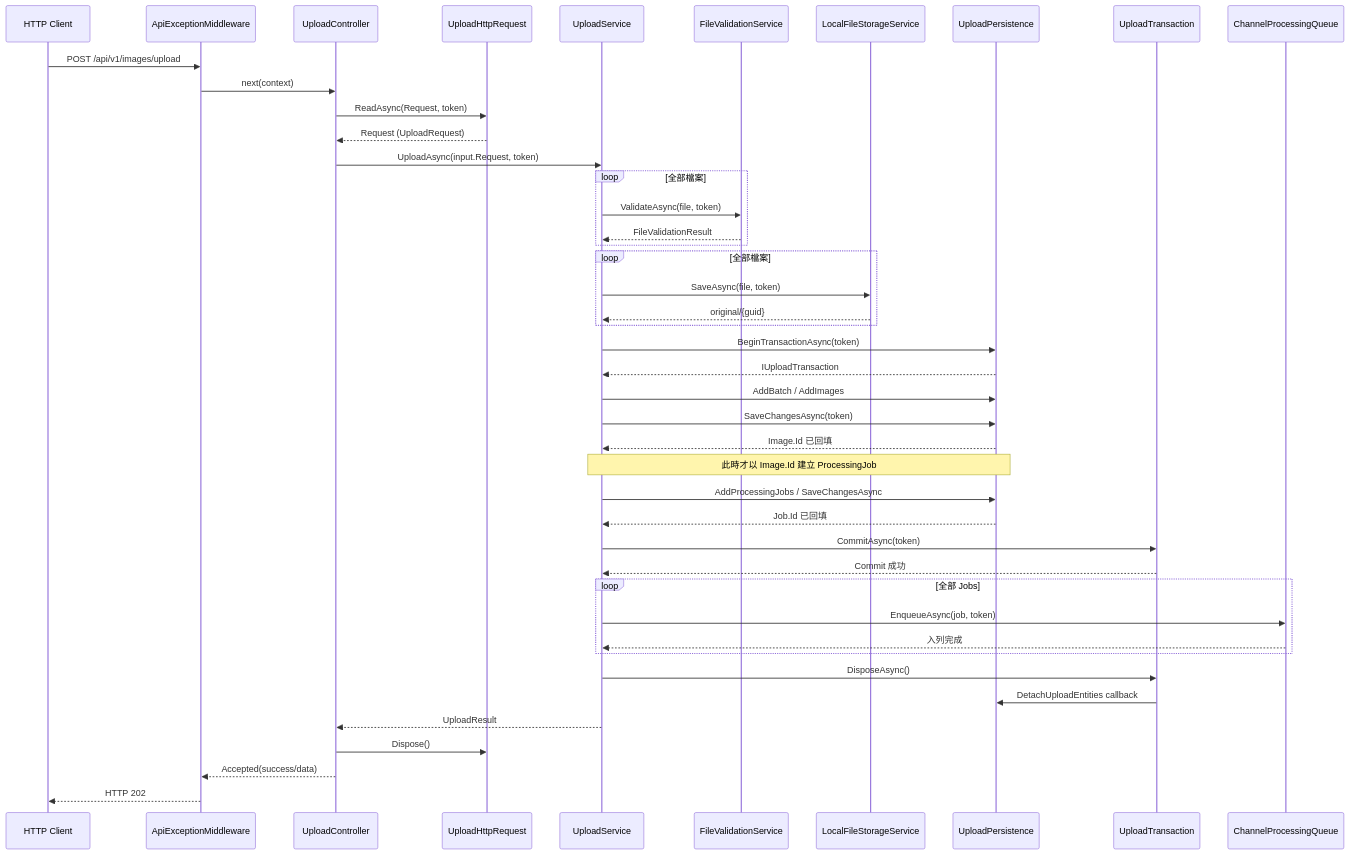
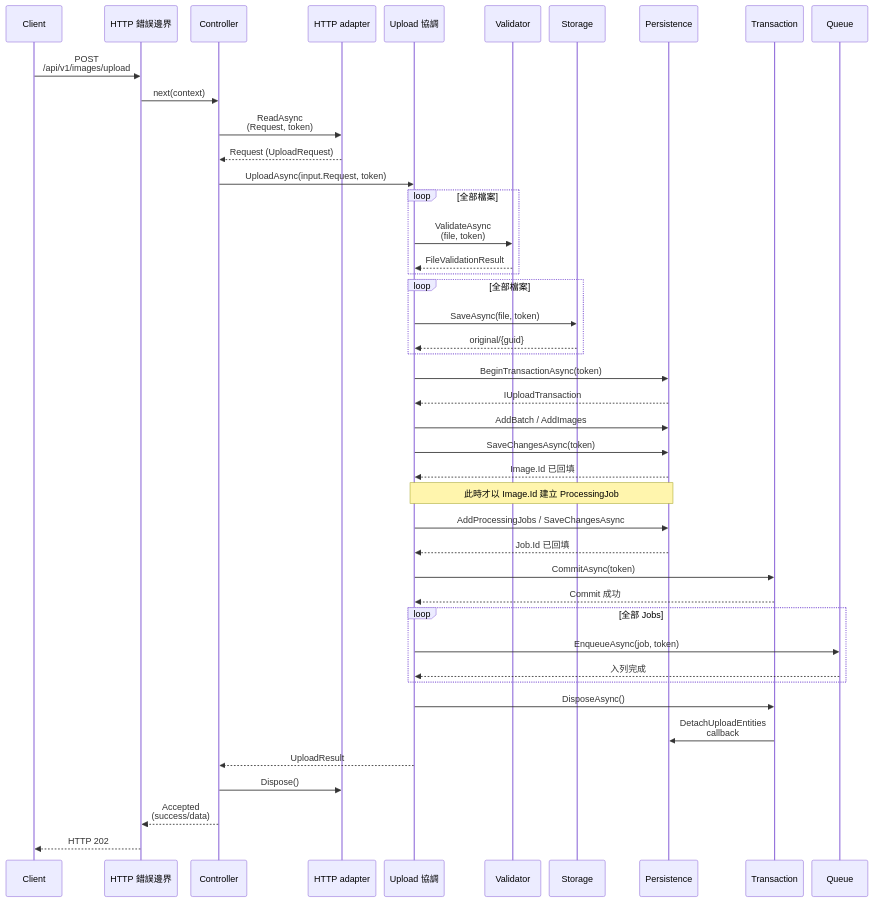
One commit to ChouKuangWen/Photo-Processing-Image-Analysis-Platform changed the third of 9 diagrams in tasks/MOD-01/README.md. Above: the diagram before and after it, drawn with Mermaid. The commit also changed other lines of this file, not shown here.

First line of the commit message:
docs(mod-01): refine Mermaid diagrams and architecture relationships

````diff
--- a/tasks/MOD-01/README.md
+++ b/tasks/MOD-01/README.md
@@ -174,46 +197,47 @@
 ```mermaid
+%%{init: {"sequence": {"actorMargin": 15, "width": 100, "wrap": false}}}%%
 sequenceDiagram
-    participant C as HTTP Client
-    participant M as ApiExceptionMiddleware
-    participant U as UploadController
-    participant H as UploadHttpRequest
-    participant S as UploadService
-    participant V as FileValidationService
-    participant F as LocalFileStorageService
-    participant P as UploadPersistence
-    participant T as UploadTransaction
-    participant Q as ChannelProcessingQueue
-    C->>M: POST /api/v1/images/upload
+    participant C as Client
+    participant M as HTTP 錯誤邊界
+    participant U as Controller
+    participant H as HTTP adapter
+    participant S as Upload 協調
+    participant V as Validator
+    participant F as Storage
+    participant P as Persistence
+    participant T as Transaction
+    participant Q as Queue
+    C->>M: POST<br/>/api/v1/images/upload
     M->>U: next(context)
-    U->>H: ReadAsync(Request, token)
+    U->>H: ReadAsync<br/>(Request, token)
     H-->>U: Request (UploadRequest)
     U->>S: UploadAsync(input.Request, token)
     loop 全部檔案
-        S->>V: ValidateAsync(file, token)
+        S->>V: ValidateAsync<br/>(file, token)
         V-->>S: FileValidationResult
     end
     loop 全部檔案
         S->>F: SaveAsync(file, token)
         F-->>S: original/{guid}
     end
     S->>P: BeginTransactionAsync(token)
     P-->>S: IUploadTransaction
     S->>P: AddBatch / AddImages
     S->>P: SaveChangesAsync(token)
     P-->>S: Image.Id 已回填
     Note over S,P: 此時才以 Image.Id 建立 ProcessingJob
     S->>P: AddProcessingJobs / SaveChangesAsync
     P-->>S: Job.Id 已回填
     S->>T: CommitAsync(token)
     T-->>S: Commit 成功
     loop 全部 Jobs
         S->>Q: EnqueueAsync(job, token)
         Q-->>S: 入列完成
     end
     S->>T: DisposeAsync()
-    T->>P: DetachUploadEntities callback
+    T->>P: DetachUploadEntities<br/>callback
     S-->>U: UploadResult
     U->>H: Dispose()
-    U-->>M: Accepted(success/data)
+    U-->>M: Accepted<br/>(success/data)
     M-->>C: HTTP 202
 ```
````
